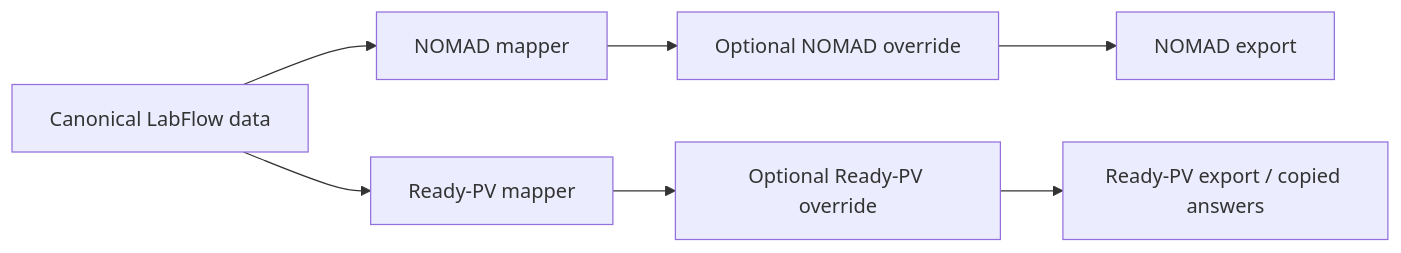
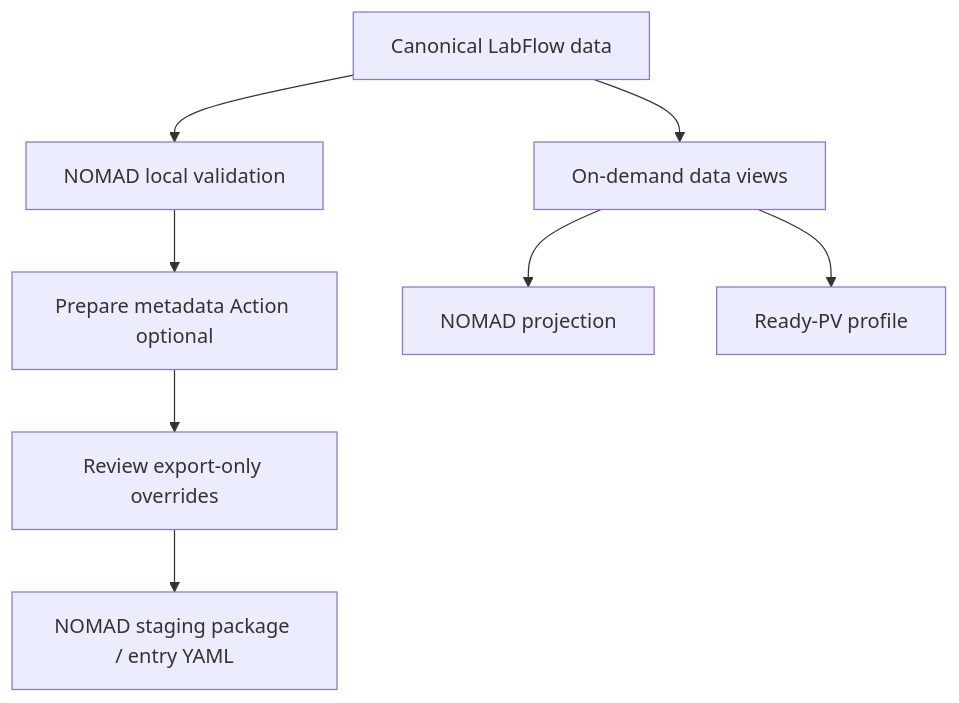
Before and after one commit to matginesi/LabFlow: the diagram in docs/guides/EXPORT_PROJECTIONS.md, drawn with Mermaid. The commit also changed other lines of this file and 30 other files, not shown here.

First line of the commit message:
feat: Update export preparation action and related documentation

````diff
--- a/docs/guides/EXPORT_PROJECTIONS.md
+++ b/docs/guides/EXPORT_PROJECTIONS.md
@@ -5,9 +5,10 @@
 ```mermaid
-flowchart LR
-    C[Canonical LabFlow data] --> N[NOMAD mapper]
-    C --> R[Ready-PV mapper]
-    N --> NO[Optional NOMAD override]
-    R --> RO[Optional Ready-PV override]
-    NO --> NE[NOMAD export]
-    RO --> RE[Ready-PV export / copied answers]
+flowchart TD
+    C[Canonical LabFlow data] --> V[NOMAD local validation]
+    V --> P[Prepare metadata Action optional]
+    P --> O[Review export-only overrides]
+    O --> N[NOMAD staging package / entry YAML]
+    C --> D[On-demand data views]
+    D --> ND[NOMAD projection]
+    D --> RP[Ready-PV profile]
 ```
````
